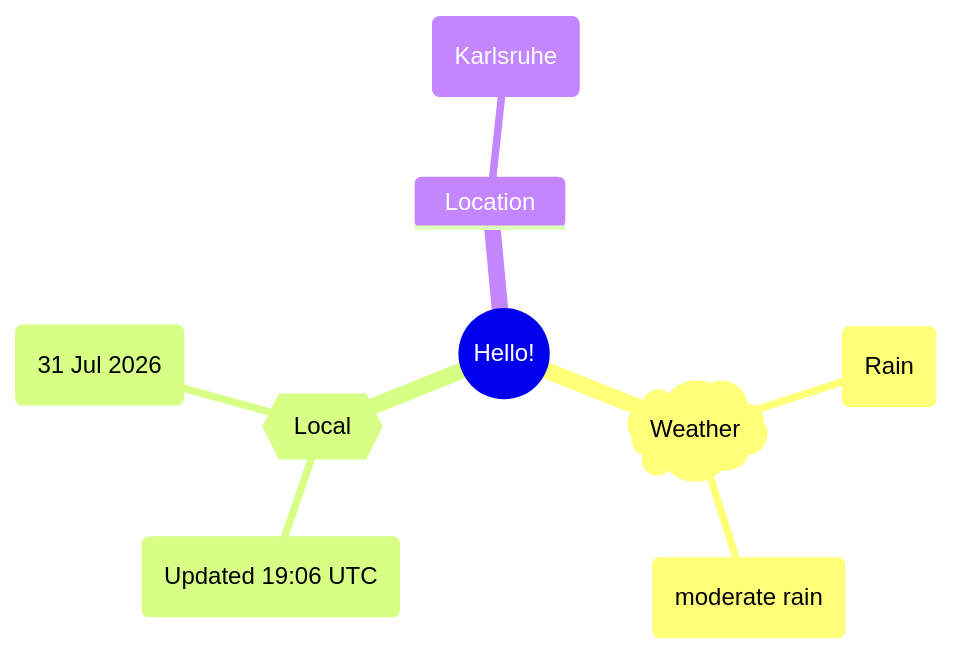
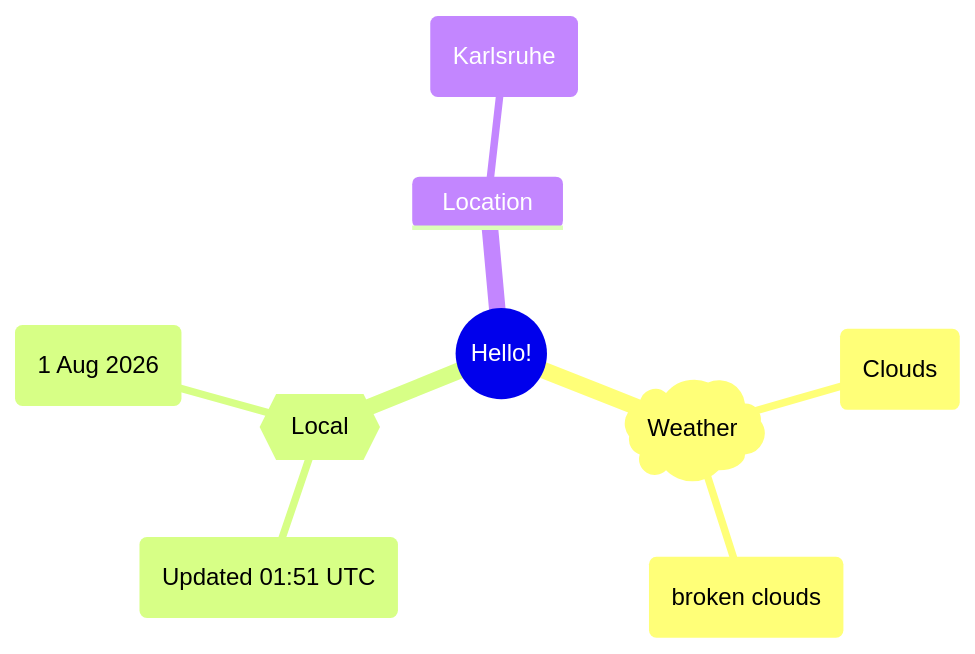
The first of 2 diagrams in README.md (Xosrov/Xosrov), drawn with Mermaid before and after one commit.

Commit message:
[bot] updated images

````diff
--- a/README.md
+++ b/README.md
@@ -3,12 +3,12 @@
 ```mermaid
 mindmap
   root((Hello!))
     )Weather(
-        (Rain)
-        (moderate rain)
+        (Clouds)
+        (broken clouds)
     {{Local}}
-        (Updated 19:06 UTC)
-        (31 Jul 2026)
+        (Updated 01:51 UTC)
+        (1 Aug 2026)
     Location
         (Karlsruhe)
 ```
````
